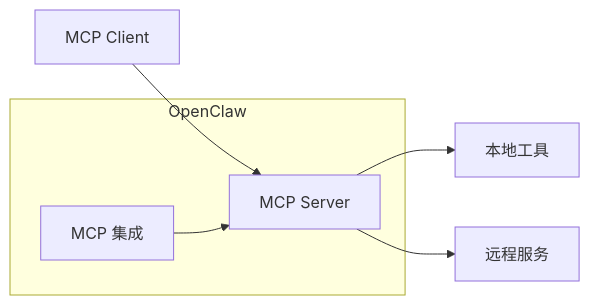
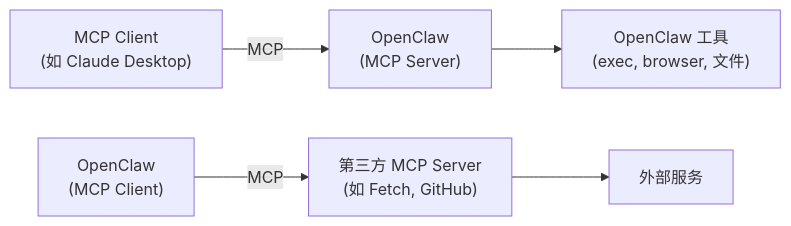
The first of 5 diagrams in docs/zh/products/automation/openclaw/source-code/mcp.md (zenHeart/learn-ai), drawn with Mermaid before and after one commit. The commit also changed other lines of this file and 10 other files, not shown here.

````diff
--- a/docs/zh/products/automation/openclaw/source-code/mcp.md
+++ b/docs/zh/products/automation/openclaw/source-code/mcp.md
@@ -13,10 +15,8 @@
 ```mermaid
 graph LR
-    A["MCP Client"] --> B["MCP Server"]
-    B --> C["本地工具"]
-    B --> D["远程服务"]
+    A["MCP Client\n(如 Claude Desktop)"] -->|"MCP"| B["OpenClaw\n(MCP Server)"]
+    B --> C["OpenClaw 工具\n(exec, browser, 文件)"]
     
-    subgraph OpenClaw
-        E["MCP 集成"] --> B
-    end
+    D["OpenClaw\n(MCP Client)"] -->|"MCP"| E["第三方 MCP Server\n(如 Fetch, GitHub)"]
+    E --> F["外部服务"]
 ```
````
